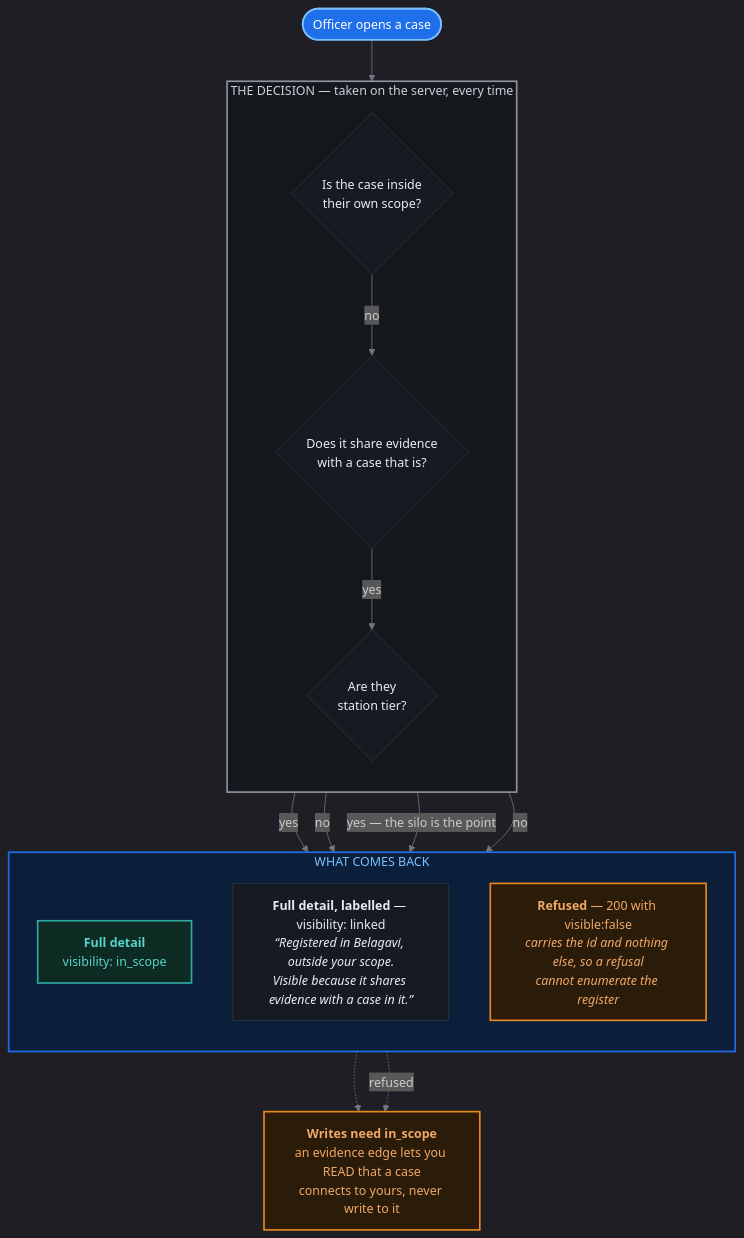
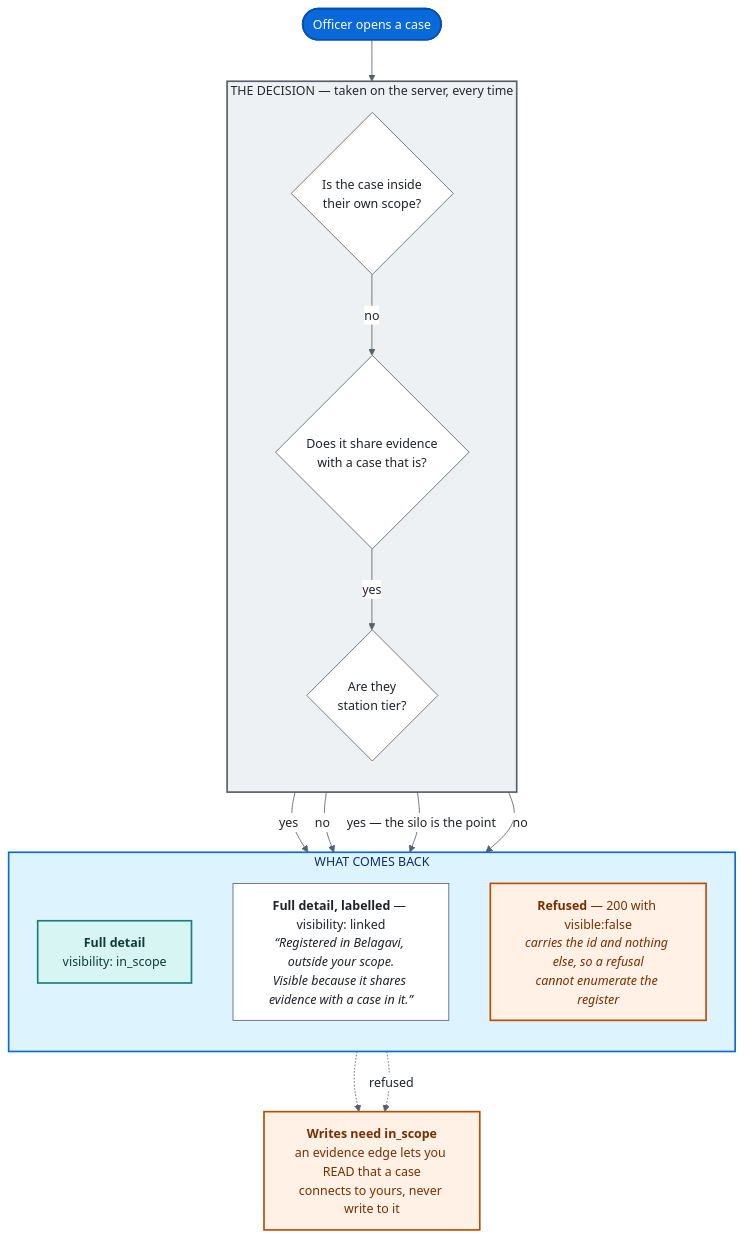
Before and after one commit to adarshcod30/Kadi: the fourth of 6 diagrams in README.md, drawn with Mermaid. The commit also changed other lines of this file and 1 other file, not shown here.

First line of the commit message:
Make the diagrams read on a light page as well as a dark one

````diff
--- a/README.md
+++ b/README.md
@@ -430,43 +430,43 @@
 ```mermaid
-%%{init: {'theme':'dark','themeVariables':{'fontSize':'15px','lineColor':'#6e7681','primaryTextColor':'#e6edf3'}}}%%
+%%{init: {'theme':'base','themeVariables':{'fontSize':'15px','lineColor':'#57606a','primaryTextColor':'#1f2328','edgeLabelBackground':'#ffffff'}}}%%
 flowchart TD
     Q(["Officer opens a case"])
 
     subgraph DEC["THE DECISION — taken on the server, every time"]
         direction TB
         S{"Is the case inside<br/>their own scope?"}
         L{"Does it share evidence<br/>with a case that is?"}
         T{"Are they<br/>station tier?"}
         S -->|no| L
         L -->|yes| T
     end
 
     subgraph RES["WHAT COMES BACK"]
         direction TB
         FULL["<b>Full detail</b><br/>visibility: in_scope"]
         LINK["<b>Full detail, labelled</b> — visibility: linked<br/><i>“Registered in Belagavi, outside your scope.<br/>Visible because it shares evidence with a case in it.”</i>"]
         DENY["<b>Refused</b> — 200 with visible:false<br/><i>carries the id and nothing else, so a refusal<br/>cannot enumerate the register</i>"]
     end
 
     W["<b>Writes need in_scope</b><br/>an evidence edge lets you READ that a case<br/>connects to yours, never write to it"]
 
     Q --> S
     S -->|yes| FULL
     L -->|no| DENY
     T -->|"yes — the silo is the point"| DENY
     T -->|no| LINK
     FULL -.-> W
     LINK -.->|refused| W
 
-    classDef box   fill:#161b22,stroke:#30363d,stroke-width:1px,color:#e6edf3
-    classDef good  fill:#0d2b22,stroke:#2FA8A0,stroke-width:2px,color:#56d4cc
-    classDef warn  fill:#2b1b09,stroke:#E8871E,stroke-width:2px,color:#f0a868
-    classDef actor fill:#1f6feb,stroke:#79c0ff,stroke-width:2px,color:#ffffff
+    classDef box   fill:#ffffff,stroke:#57606a,stroke-width:1px,color:#1f2328
+    classDef good  fill:#d7f5f2,stroke:#1a7f78,stroke-width:2px,color:#0d3d3a
+    classDef warn  fill:#fff1e5,stroke:#bc4c00,stroke-width:2px,color:#7a2e00
+    classDef actor fill:#0969da,stroke:#0550ae,stroke-width:2px,color:#ffffff
     class S,L,T,LINK box
     class FULL good
     class DENY,W warn
     class Q actor
 
-    style DEC fill:#14181d,stroke:#8b949e,stroke-width:2px,color:#c9d1d9
-    style RES fill:#0b1f3a,stroke:#1f6feb,stroke-width:2px,color:#79c0ff
+    style DEC fill:#eef1f4,stroke:#57606a,stroke-width:2px,color:#24292f
+    style RES fill:#ddf4ff,stroke:#0969da,stroke-width:2px,color:#0a3069
 ```
````
